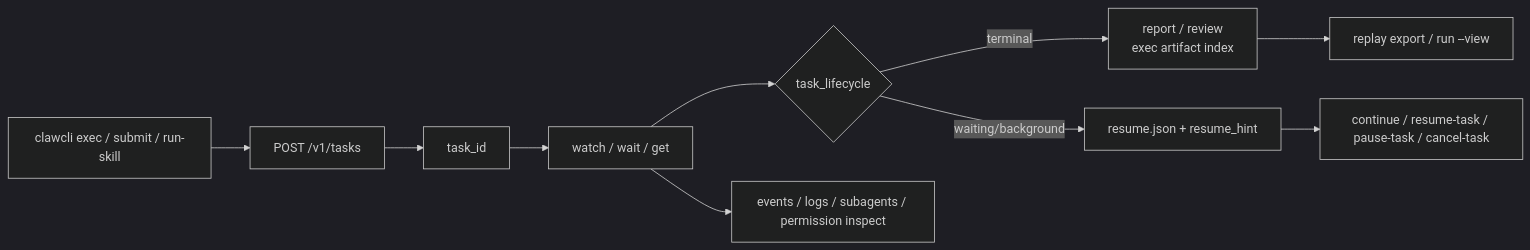
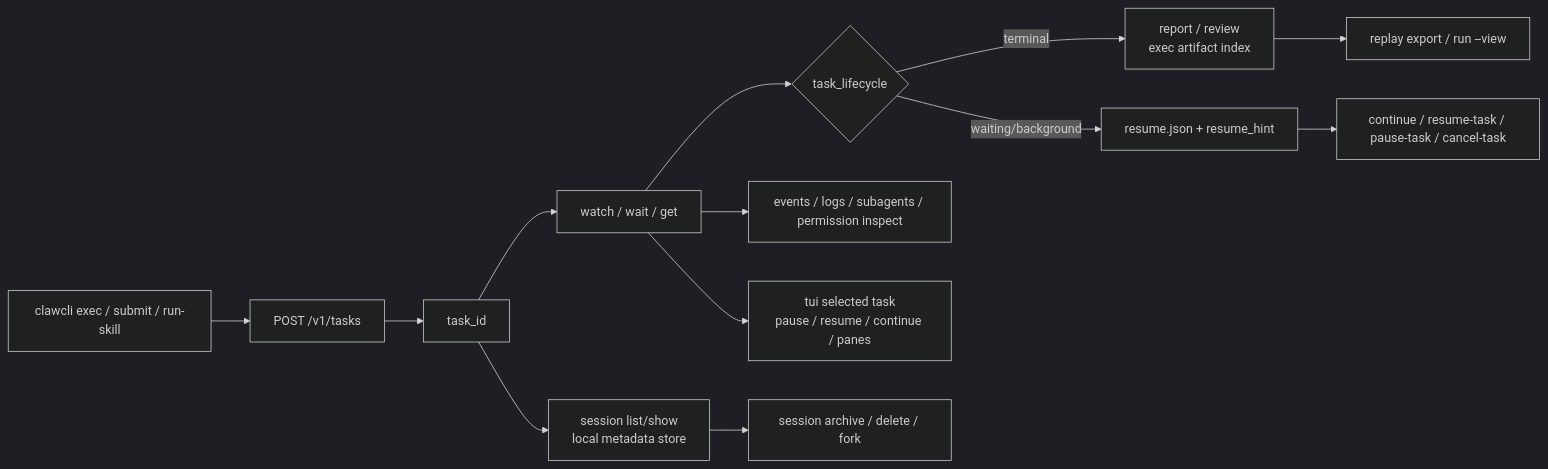
Before and after one commit to MatrixCoreX/RustClaw: the fifth of 5 diagrams in README.md, drawn with Mermaid (dark theme). The commit also changed other lines of this file and 1 other file, not shown here.

Commit message:
Document clawcli tui and session controls

````diff
--- a/README.md
+++ b/README.md
@@ -458,12 +459,15 @@
 ```mermaid
 flowchart LR
     A[clawcli exec / submit / run-skill] --> B[POST /v1/tasks]
     B --> C[task_id]
     C --> D[watch / wait / get]
     D --> E{task_lifecycle}
     E -->|terminal| F[report / review<br/>exec artifact index]
     F --> R[replay export / run --view]
     E -->|waiting/background| G[resume.json + resume_hint]
     G --> H[continue / resume-task / pause-task / cancel-task]
     D --> I[events / logs / subagents / permission inspect]
+    D --> J[tui selected task<br/>pause / resume / continue / panes]
+    C --> K[session list/show<br/>local metadata store]
+    K --> L[session archive / delete / fork]
 ```
````
